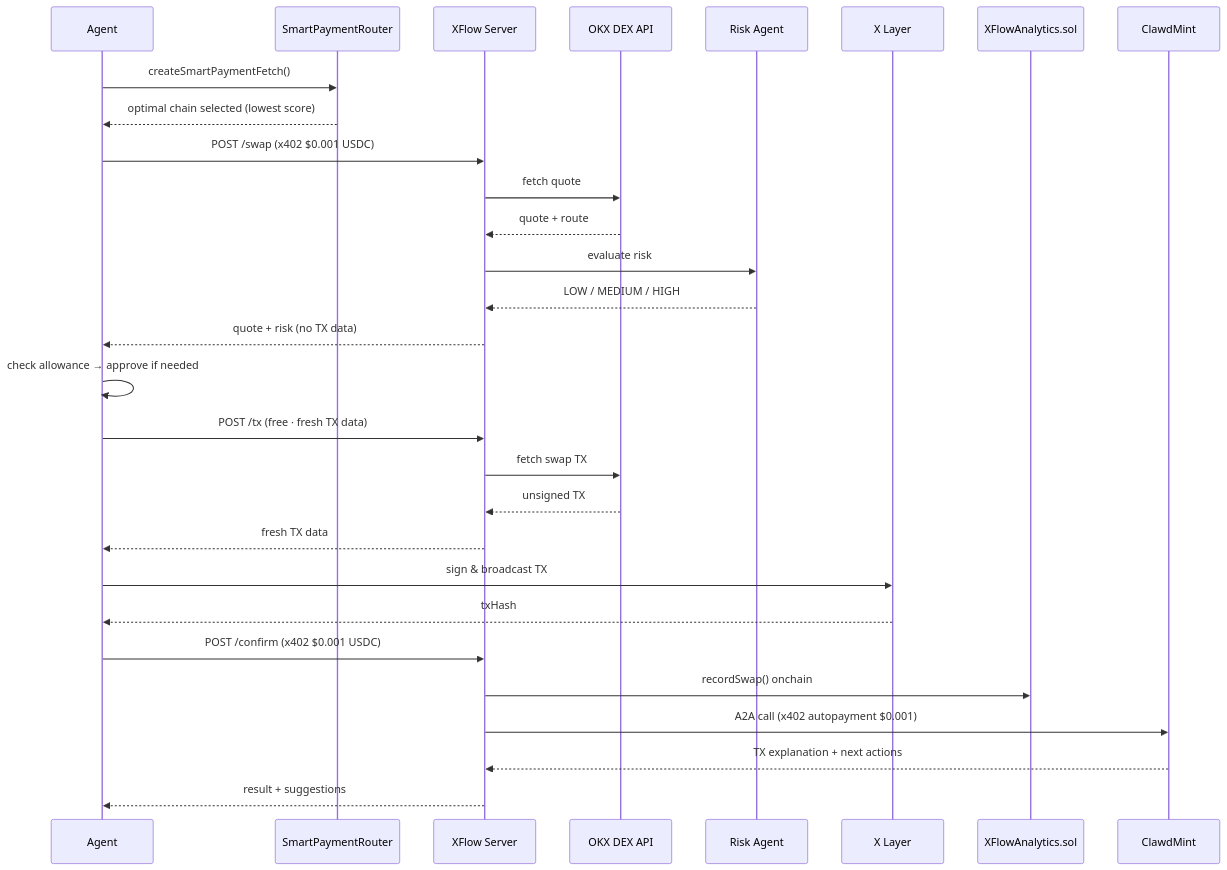
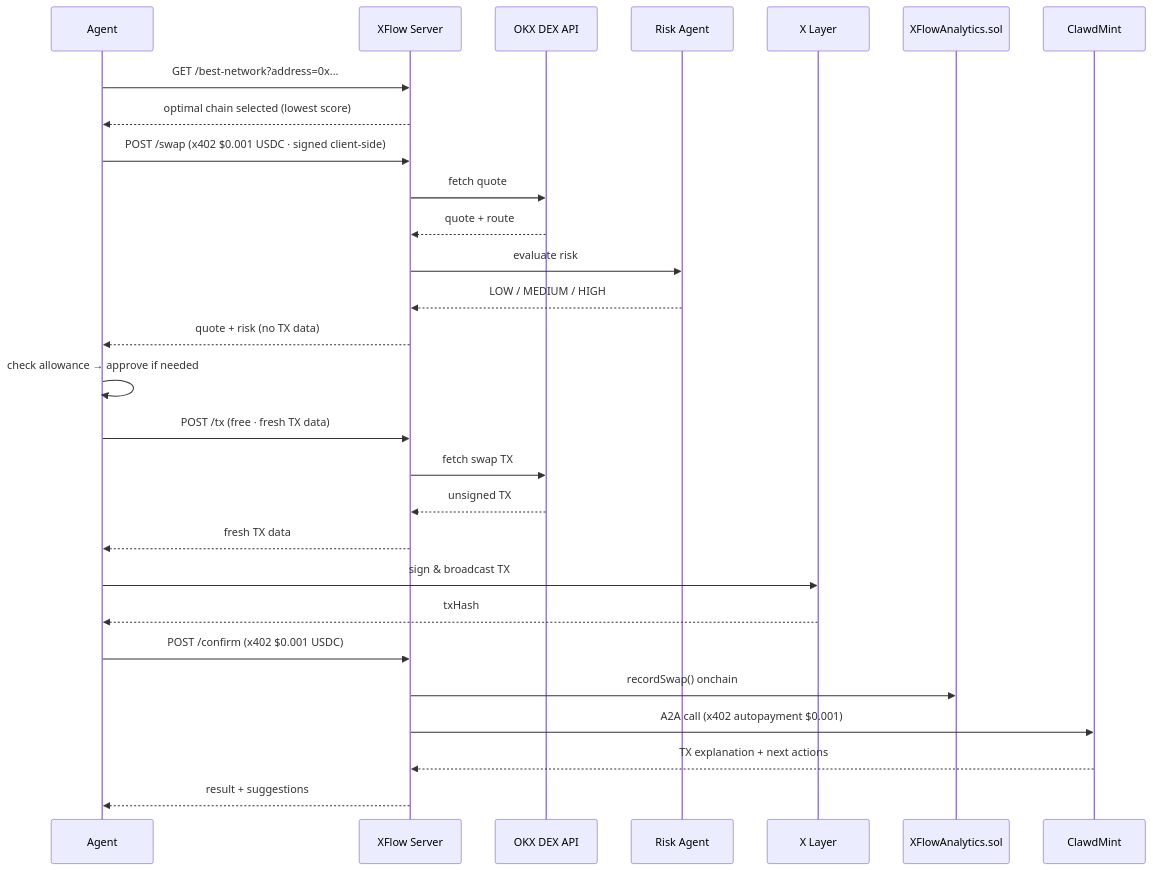
Before and after one commit to cryptohakka/xflow: the diagram in README.md, drawn with Mermaid. The commit also changed other lines of this file and 15 other files, not shown here.

First line of the commit message:
feat: server-side SmartPaymentRouter via /best-network endpoint

````diff
--- a/README.md
+++ b/README.md
@@ -168,36 +171,35 @@
 ```mermaid
 sequenceDiagram
     participant Agent
-    participant Router as SmartPaymentRouter
     participant XFlow as XFlow Server
     participant OKX as OKX DEX API
     participant Risk as Risk Agent
     participant Chain as X Layer
     participant Analytics as XFlowAnalytics.sol
     participant ClawdMint
 
-    Agent->>Router: createSmartPaymentFetch()
-    Router-->>Agent: optimal chain selected (lowest score)
+    Agent->>XFlow: GET /best-network?address=0x...
+    XFlow-->>Agent: optimal chain selected (lowest score)
 
-    Agent->>XFlow: POST /swap (x402 $0.001 USDC)
+    Agent->>XFlow: POST /swap (x402 $0.001 USDC · signed client-side)
     XFlow->>OKX: fetch quote
     OKX-->>XFlow: quote + route
     XFlow->>Risk: evaluate risk
     Risk-->>XFlow: LOW / MEDIUM / HIGH
     XFlow-->>Agent: quote + risk (no TX data)
 
     Agent->>Agent: check allowance → approve if needed
     Agent->>XFlow: POST /tx (free · fresh TX data)
     XFlow->>OKX: fetch swap TX
     OKX-->>XFlow: unsigned TX
     XFlow-->>Agent: fresh TX data
 
     Agent->>Chain: sign & broadcast TX
     Chain-->>Agent: txHash
 
     Agent->>XFlow: POST /confirm (x402 $0.001 USDC)
     XFlow->>Analytics: recordSwap() onchain
     XFlow->>ClawdMint: A2A call (x402 autopayment $0.001)
     ClawdMint-->>XFlow: TX explanation + next actions
     XFlow-->>Agent: result + suggestions
 ```
````
